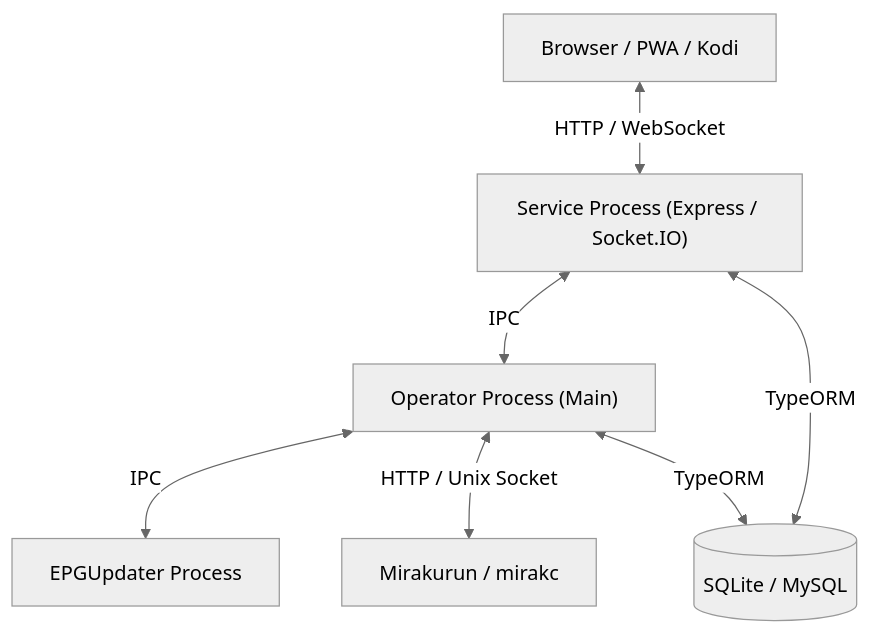
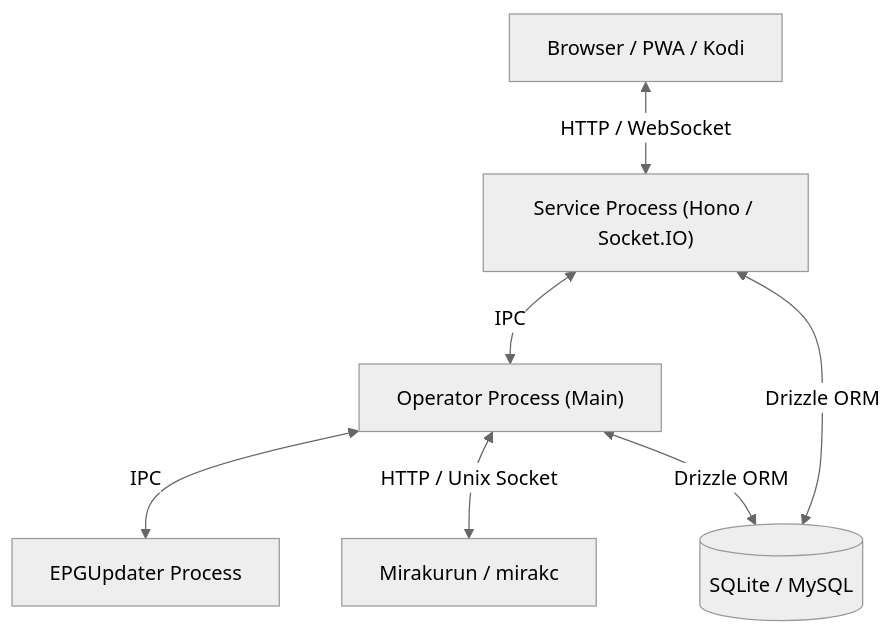
One commit to knzfujii/EPGDeck changed the diagram in docs/dev/architecture.md. Above: the diagram before and after it, drawn with Mermaid (neutral theme). The commit also changed other lines of this file and 9 other files, not shown here.

Commit message:
chore: prune unused packages, optimize Dockerfiles, and sync docs with Hono/Drizzle stack

````diff
--- a/docs/dev/architecture.md
+++ b/docs/dev/architecture.md
@@ -11,9 +11,9 @@
 ```mermaid
 graph TD
-    Client["Browser / PWA / Kodi"] <-->|HTTP / WebSocket| Service["Service Process (Express / Socket.IO)"]
+    Client["Browser / PWA / Kodi"] <-->|HTTP / WebSocket| Service["Service Process (Hono / Socket.IO)"]
     Service <-->|IPC| Operator["Operator Process (Main)"]
     Operator <-->|IPC| EPGUpdater["EPGUpdater Process"]
     Operator <-->|HTTP / Unix Socket| Mirakurun["Mirakurun / mirakc"]
-    Operator <-->|TypeORM| DB[(SQLite / MySQL)]
-    Service <-->|TypeORM| DB
+    Operator <-->|Drizzle ORM| DB[(SQLite / MySQL)]
+    Service <-->|Drizzle ORM| DB
 ```
````
